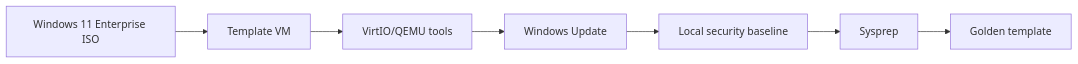
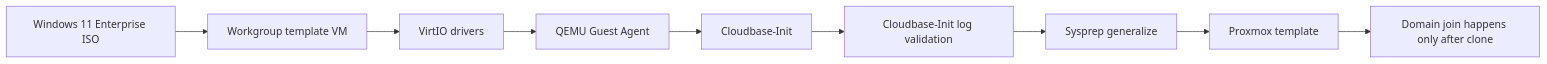
One commit to gntech-dev/geil-enterprise-docs changed the diagram in docs/platform/windows-11-enterprise-golden-template.md. Above: the diagram before and after it, drawn with Mermaid. The commit also changed other lines of this file and 8 other files, not shown here.

Commit message:
docs: separate Windows 11 template from domain join

````diff
--- a/docs/platform/windows-11-enterprise-golden-template.md
+++ b/docs/platform/windows-11-enterprise-golden-template.md
@@ -37,9 +72,11 @@
 ```mermaid
 flowchart LR
-    ISO[Windows 11 Enterprise ISO] --> VM[Template VM]
-    VM --> Drivers[VirtIO/QEMU tools]
-    Drivers --> Updates[Windows Update]
-    Updates --> Security[Local security baseline]
-    Security --> Sysprep[Sysprep]
-    Sysprep --> Template[Golden template]
+    ISO[Windows 11 Enterprise ISO] --> VM[Workgroup template VM]
+    VM --> Drivers[VirtIO drivers]
+    Drivers --> Agent[QEMU Guest Agent]
+    Agent --> Cloudbase[Cloudbase-Init]
+    Cloudbase --> Logs[Cloudbase-Init log validation]
+    Logs --> Sysprep[Sysprep generalize]
+    Sysprep --> Template[Proxmox template]
+    Template --> Clone[Domain join happens only after clone]
 ```
````
